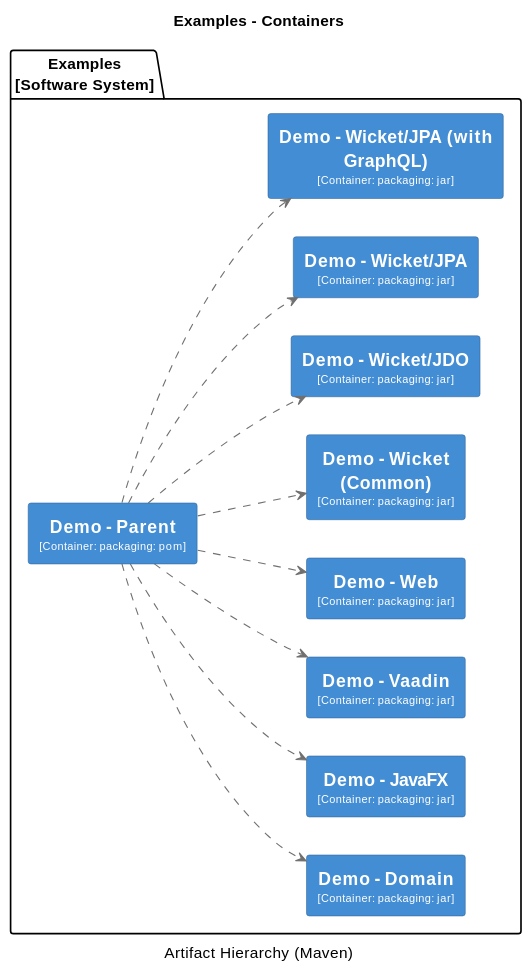
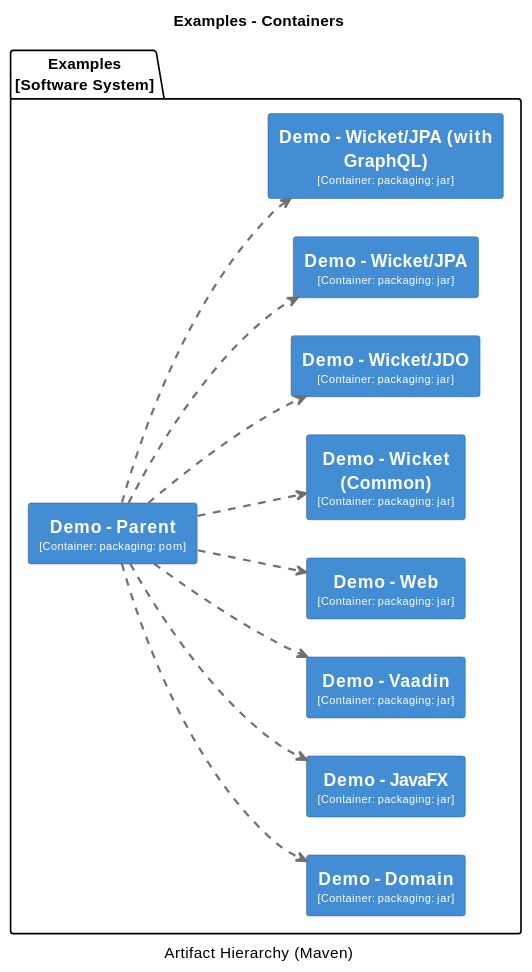
Before and after one commit to apache/causeway: the fourth of 31 diagrams in core/adoc/modules/_overview/pages/about.adoc, drawn with PlantUML. The commit also changed other lines of this file and 44 other files, not shown here.

```diff
--- a/core/adoc/modules/_overview/pages/about.adoc
+++ b/core/adoc/modules/_overview/pages/about.adoc
@@ -625,81 +625,81 @@
 [plantuml,Examples,svg]
 ----
 @startuml(id=Examples)
 title Examples - Containers
 caption Artifact Hierarchy (Maven)
 
 skinparam {
   shadowing false
   arrowFontSize 10
   defaultTextAlignment center
   wrapWidth 200
   maxMessageSize 100
 }
 hide stereotype
 left to right direction
 skinparam rectangle<<2>> {
   BackgroundColor #438dd5
   FontColor #fffffe
-  BorderColor #2E6295
+  BorderColor #2e6295
 }
 skinparam rectangle<<3>> {
   BackgroundColor #438dd5
   FontColor #fffffe
-  BorderColor #2E6295
+  BorderColor #2e6295
 }
 skinparam rectangle<<4>> {
   BackgroundColor #438dd5
   FontColor #fffffe
-  BorderColor #2E6295
+  BorderColor #2e6295
 }
 skinparam rectangle<<5>> {
   BackgroundColor #438dd5
   FontColor #fffffe
-  BorderColor #2E6295
+  BorderColor #2e6295
 }
 skinparam rectangle<<6>> {
   BackgroundColor #438dd5
   FontColor #fffffe
-  BorderColor #2E6295
+  BorderColor #2e6295
 }
 skinparam rectangle<<7>> {
   BackgroundColor #438dd5
   FontColor #fffffe
-  BorderColor #2E6295
+  BorderColor #2e6295
 }
 skinparam rectangle<<8>> {
   BackgroundColor #438dd5
   FontColor #fffffe
-  BorderColor #2E6295
+  BorderColor #2e6295
 }
 skinparam rectangle<<9>> {
   BackgroundColor #438dd5
   FontColor #fffffe
-  BorderColor #2E6295
+  BorderColor #2e6295
 }
 skinparam rectangle<<10>> {
   BackgroundColor #438dd5
   FontColor #fffffe
-  BorderColor #2E6295
+  BorderColor #2e6295
 }
 package "Examples\n[Software System]" {
   rectangle "==Demo - Domain\n<size:10>[Container: packaging: jar]</size>" <<3>> as 3
   rectangle "==Demo - JavaFX\n<size:10>[Container: packaging: jar]</size>" <<4>> as 4
   rectangle "==Demo - Parent\n<size:10>[Container: packaging: pom]</size>" <<2>> as 2
   rectangle "==Demo - Vaadin\n<size:10>[Container: packaging: jar]</size>" <<5>> as 5
   rectangle "==Demo - Web\n<size:10>[Container: packaging: jar]</size>" <<6>> as 6
   rectangle "==Demo - Wicket (Common)\n<size:10>[Container: packaging: jar]</size>" <<7>> as 7
   rectangle "==Demo - Wicket/JDO\n<size:10>[Container: packaging: jar]</size>" <<8>> as 8
   rectangle "==Demo - Wicket/JPA\n<size:10>[Container: packaging: jar]</size>" <<9>> as 9
   rectangle "==Demo - Wicket/JPA (with GraphQL)\n<size:10>[Container: packaging: jar]</size>" <<10>> as 10
 }
-2 .[#707070].> 3 : ""
-2 .[#707070].> 4 : ""
-2 .[#707070].> 5 : ""
-2 .[#707070].> 6 : ""
-2 .[#707070].> 7 : ""
-2 .[#707070].> 8 : ""
-2 .[#707070].> 9 : ""
-2 .[#707070].> 10 : ""
+2 .[#707070,thickness=2].> 3 : ""
+2 .[#707070,thickness=2].> 4 : ""
+2 .[#707070,thickness=2].> 5 : ""
+2 .[#707070,thickness=2].> 6 : ""
+2 .[#707070,thickness=2].> 7 : ""
+2 .[#707070,thickness=2].> 8 : ""
+2 .[#707070,thickness=2].> 9 : ""
+2 .[#707070,thickness=2].> 10 : ""
 @enduml
 ----
```
